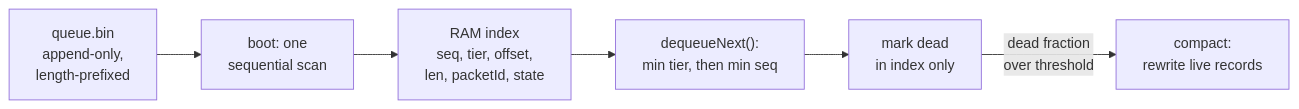
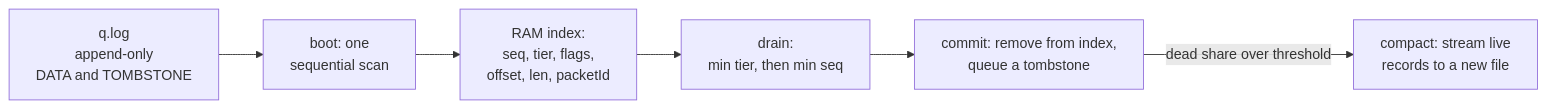
Before and after one commit to TrekLink-Team/treklink-firmware: the second of 4 diagrams in specs/onboard-queue/design.md, drawn with Mermaid. The commit also changed other lines of this file and 3 other files, not shown here.

````diff
--- a/specs/onboard-queue/design.md
+++ b/specs/onboard-queue/design.md
@@ -71,8 +77,8 @@
 ```mermaid
 flowchart LR
-    A["queue.bin<br/>append-only,<br/>length-prefixed"] --> B["boot: one<br/>sequential scan"]
-    B --> C["RAM index<br/>seq, tier, offset,<br/>len, packetId, state"]
-    C --> D["dequeueNext():<br/>min tier, then min seq"]
-    D --> E["mark dead<br/>in index only"]
-    E -->|"dead fraction<br/>over threshold"| F["compact:<br/>rewrite live records"]
+    A["q.log<br/>append-only<br/>DATA and TOMBSTONE"] --> B["boot: one<br/>sequential scan"]
+    B --> C["RAM index:<br/>seq, tier, flags,<br/>offset, len, packetId"]
+    C --> D["drain:<br/>min tier, then min seq"]
+    D --> E["commit: remove from index,<br/>queue a tombstone"]
+    E -->|"dead share over threshold"| F["compact: stream live<br/>records to a new file"]
 ```
````
